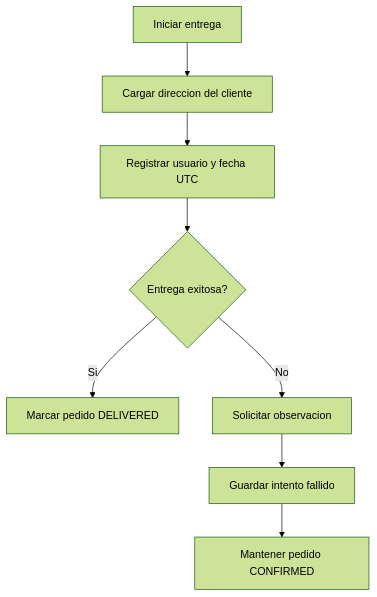
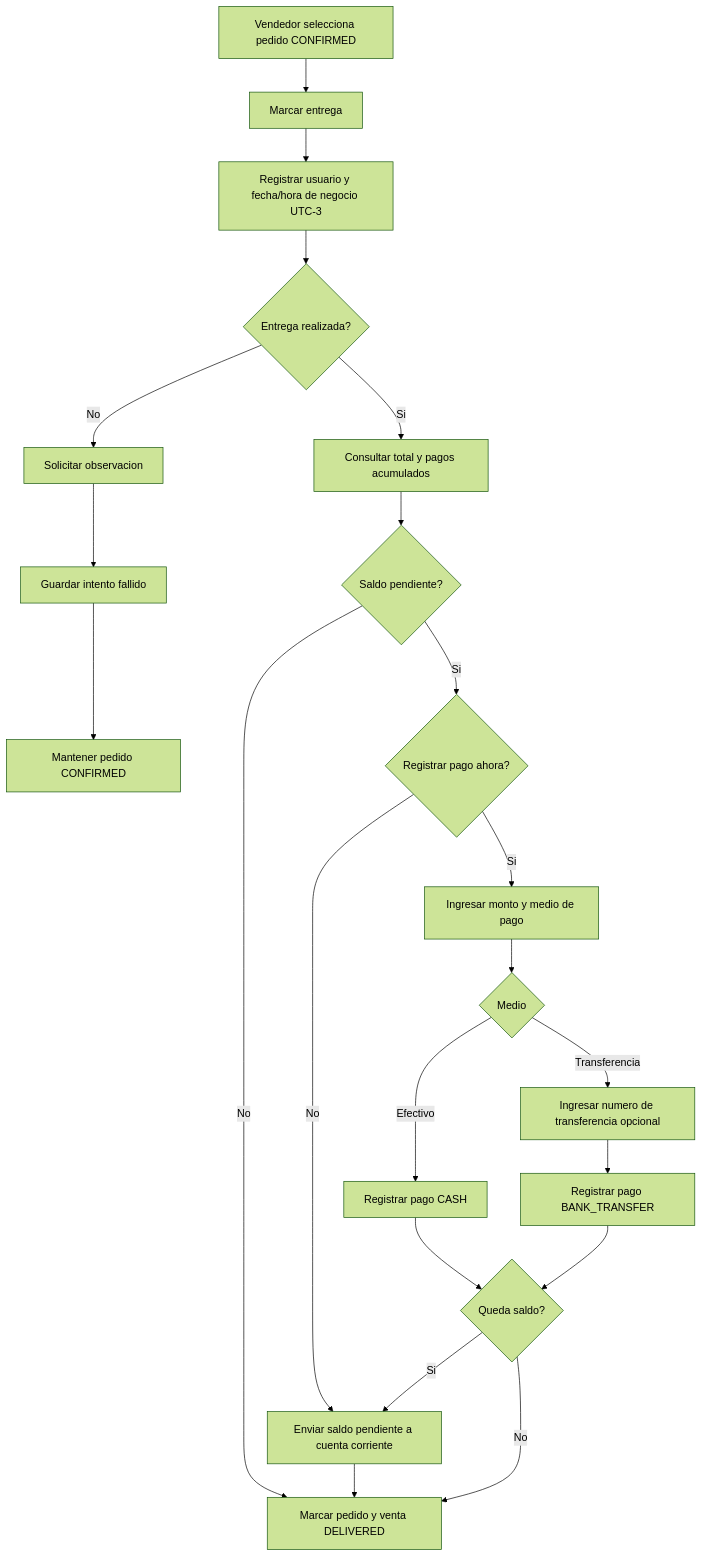
Before and after one commit to Martinrc93/distribuidoraCore: the diagram in docs/diagrams/delivery/flow-delivery-attempt.md, drawn with Mermaid (forest theme). The commit also changed 149 other files, not shown here.

````diff
--- a/docs/diagrams/delivery/flow-delivery-attempt.md
+++ b/docs/diagrams/delivery/flow-delivery-attempt.md
@@ -3,10 +3,24 @@
 ```mermaid
 flowchart TD
-    A[Iniciar entrega] --> B[Cargar direccion del cliente]
-    B --> C[Registrar usuario y fecha UTC]
-    C --> D{Entrega exitosa?}
-    D -->|Si| E[Marcar pedido DELIVERED]
-    D -->|No| F[Solicitar observacion]
-    F --> G[Guardar intento fallido]
-    G --> H[Mantener pedido CONFIRMED]
+    A[Vendedor selecciona pedido CONFIRMED] --> B[Marcar entrega]
+    B --> C[Registrar usuario y fecha/hora de negocio UTC-3]
+    C --> D{Entrega realizada?}
+    D -->|No| E[Solicitar observacion]
+    E --> F[Guardar intento fallido]
+    F --> G[Mantener pedido CONFIRMED]
+    D -->|Si| H[Consultar total y pagos acumulados]
+    H --> I{Saldo pendiente?}
+    I -->|No| J[Marcar pedido y venta DELIVERED]
+    I -->|Si| K{Registrar pago ahora?}
+    K -->|No| L[Enviar saldo pendiente a cuenta corriente]
+    K -->|Si| M[Ingresar monto y medio de pago]
+    M --> N{Medio}
+    N -->|Efectivo| O[Registrar pago CASH]
+    N -->|Transferencia| P[Ingresar numero de transferencia opcional]
+    P --> Q1[Registrar pago BANK_TRANSFER]
+    O --> Q{Queda saldo?}
+    Q1 --> Q
+    Q -->|Si| L
+    Q -->|No| J
+    L --> J
 ```
````
